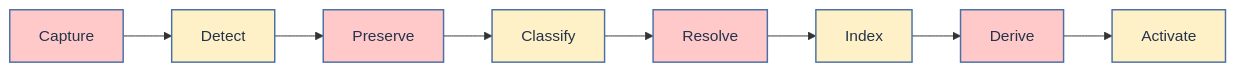
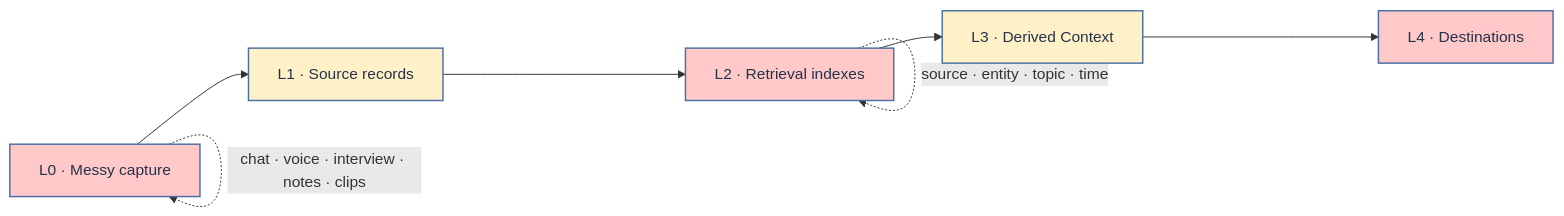
The diagram in README.md (Claudyahhh/ContextAll), drawn with Mermaid before and after one commit. The commit also changed other lines of this file and 25 other files, not shown here.

````diff
--- a/README.md
+++ b/README.md
@@ -33,15 +38,15 @@
 ```mermaid
 flowchart LR
-    A["Capture"] --> B["Detect"]
-    B --> C["Preserve"]
-    C --> D["Classify"]
-    D --> E["Resolve"]
-    E --> F["Index"]
-    F --> G["Derive"]
-    G --> H["Activate"]
+    A["L0 · Messy capture"] --> B["L1 · Source records"]
+    B --> C["L2 · Retrieval indexes"]
+    C --> D["L3 · Derived Context"]
+    D --> E["L4 · Destinations"]
+
+    A -. "chat · voice · interview · notes · clips" .-> A
+    C -. "source · entity · topic · time" .-> C
 
     classDef warm fill:#FFC9C9,stroke:#4A6FA5,color:#24324A,stroke-width:1.5px;
     classDef light fill:#FFF1C7,stroke:#4A6FA5,color:#24324A,stroke-width:1.5px;
-    class A,C,E,G warm;
-    class B,D,F,H light;
+    class A,C,E warm;
+    class B,D light;
 ```
````
